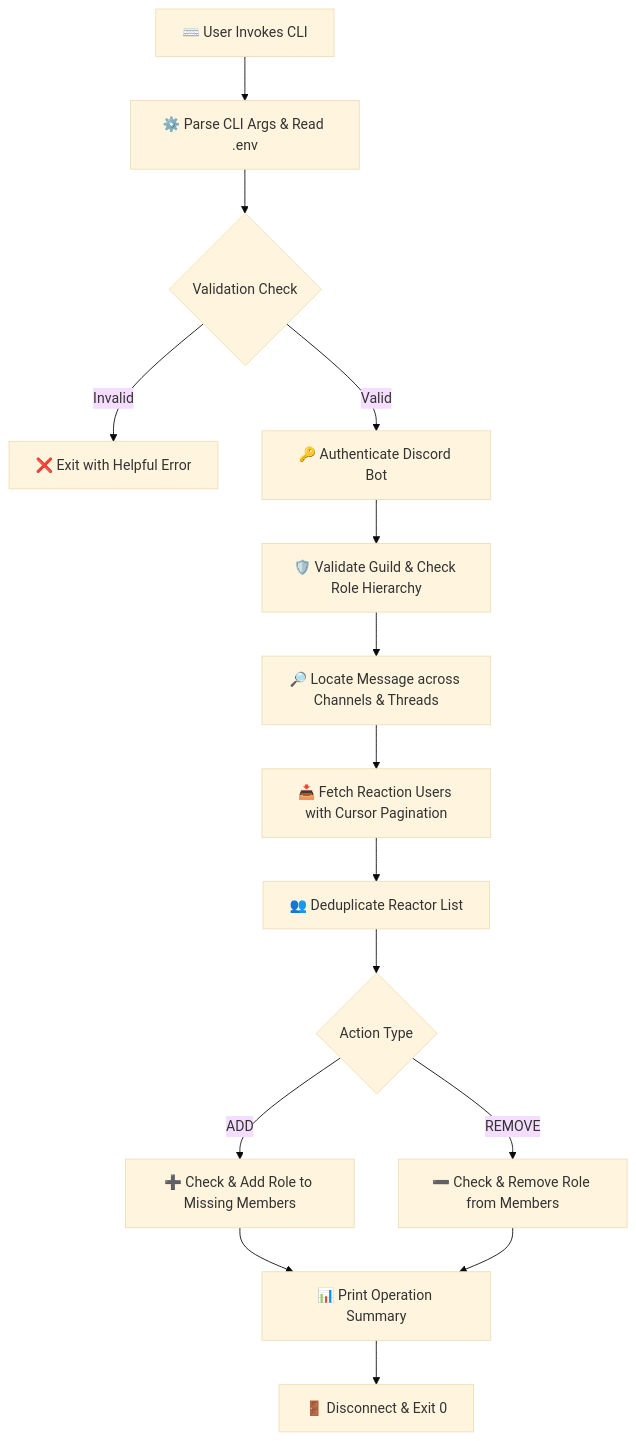
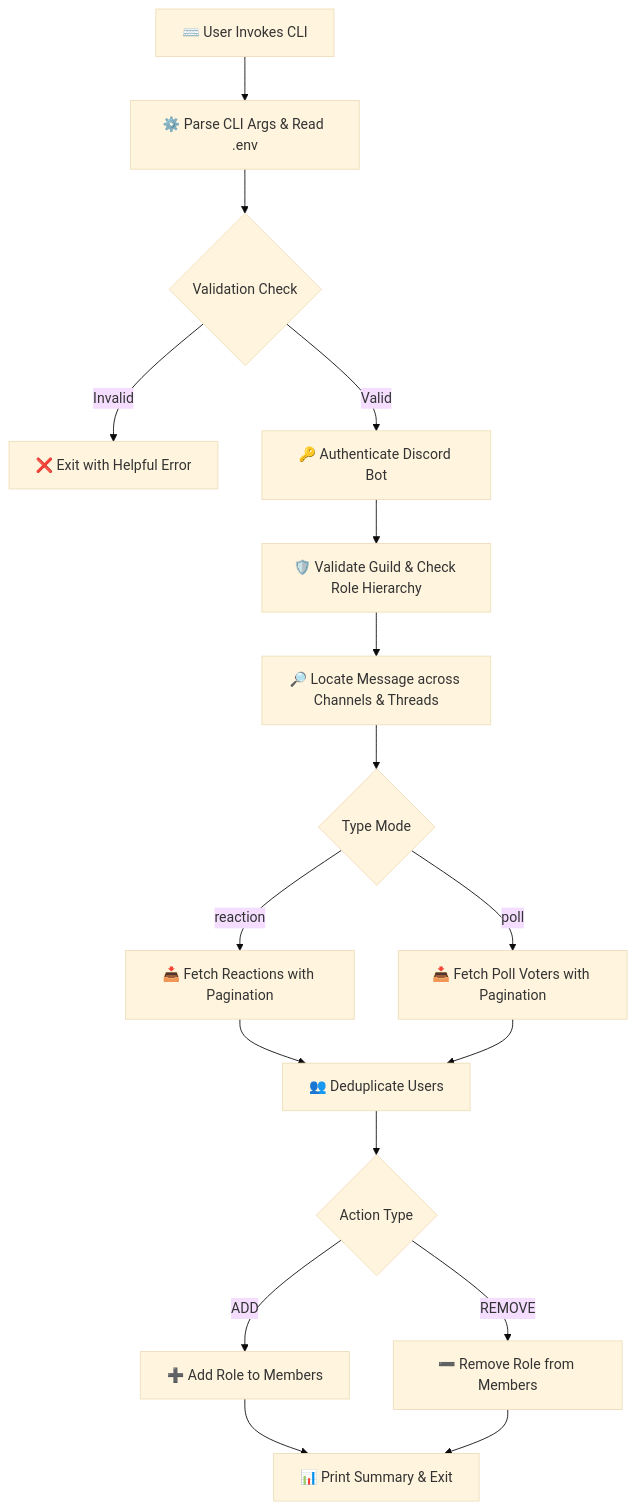
One commit to ayoabimbola16-oss/discord-reaction-role-manager changed the diagram in README.md. Above: the diagram before and after it, drawn with Mermaid (base theme). The commit also changed other lines of this file and 7 other files, not shown here.

Commit message:
feat: add poll voter support with --type reaction|poll CLI flag, tests, and README

````diff
--- a/README.md
+++ b/README.md
@@ -59,17 +60,19 @@
 ```mermaid
 flowchart TD
     A[⌨️ User Invokes CLI] --> B[⚙️ Parse CLI Args & Read .env]
     B --> C{Validation Check}
     C -- Invalid --> D[❌ Exit with Helpful Error]
     C -- Valid --> E[🔑 Authenticate Discord Bot]
     E --> F[🛡️ Validate Guild & Check Role Hierarchy]
     F --> G[🔎 Locate Message across Channels & Threads]
-    G --> H[📥 Fetch Reaction Users with Cursor Pagination]
-    H --> I[👥 Deduplicate Reactor List]
-    I --> J{Action Type}
-    J -- ADD --> K[➕ Check & Add Role to Missing Members]
-    J -- REMOVE --> L[➖ Check & Remove Role from Members]
-    K --> M[📊 Print Operation Summary]
-    L --> M
-    M --> N[🚪 Disconnect & Exit 0]
+    G --> H{Type Mode}
+    H -- reaction --> I[📥 Fetch Reactions with Pagination]
+    H -- poll --> J[📥 Fetch Poll Voters with Pagination]
+    I --> K[👥 Deduplicate Users]
+    J --> K
+    K --> L{Action Type}
+    L -- ADD --> M[➕ Add Role to Members]
+    L -- REMOVE --> N[➖ Remove Role from Members]
+    M --> O[📊 Print Summary & Exit]
+    N --> O
 ```
````
